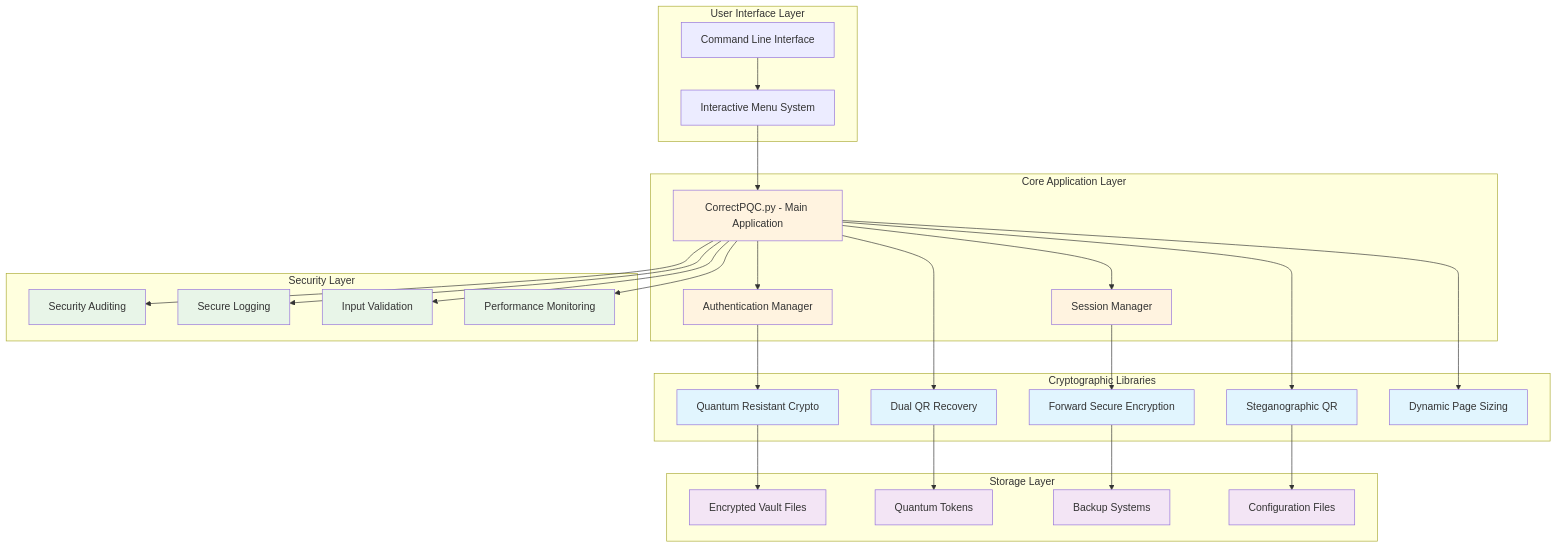
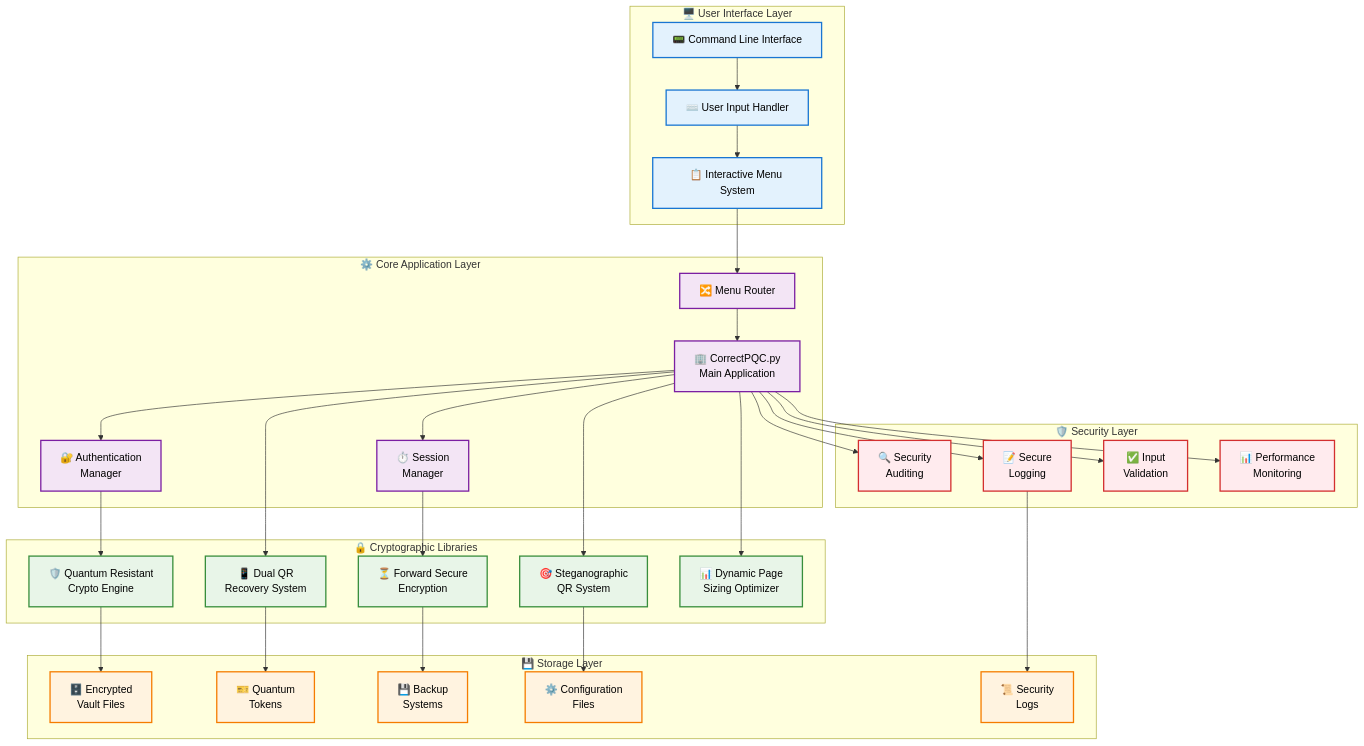
The first of 6 diagrams in README.md (Johnsonajibi/DeviceFingerprinting), drawn with Mermaid before and after one commit. The commit also changed other lines of this file, not shown here.

First line of the commit message:
docs: dramatically improved the architectural diagrams

````diff
--- a/README.md
+++ b/README.md
@@ -11,66 +11,79 @@
 ```mermaid
-graph TB
-    subgraph "User Interface Layer"
-        CLI[Command Line Interface]
-        Menu[Interactive Menu System]
+flowchart TD
+    subgraph UI ["🖥️ User Interface Layer"]
+        CLI[📟 Command Line Interface]
+        Menu[📋 Interactive Menu System]
+        Input[⌨️ User Input Handler]
     end
     
-    subgraph "Core Application Layer"
-        App[CorrectPQC.py - Main Application]
-        Auth[Authentication Manager]
-        Session[Session Manager]
+    subgraph Core ["⚙️ Core Application Layer"]
+        App[🏢 CorrectPQC.py<br/>Main Application]
+        Auth[🔐 Authentication<br/>Manager]
+        Session[⏱️ Session<br/>Manager]
+        Router[🔀 Menu Router]
     end
     
-    subgraph "Cryptographic Libraries"
-        QRC[Quantum Resistant Crypto]
-        DQR[Dual QR Recovery]
-        SQR[Steganographic QR]
-        FSE[Forward Secure Encryption]
-        DPS[Dynamic Page Sizing]
+    subgraph Crypto ["🔒 Cryptographic Libraries"]
+        QRC[🛡️ Quantum Resistant<br/>Crypto Engine]
+        DQR[📱 Dual QR<br/>Recovery System]
+        SQR[🎯 Steganographic<br/>QR System]
+        FSE[⏳ Forward Secure<br/>Encryption]
+        DPS[📊 Dynamic Page<br/>Sizing Optimizer]
     end
     
-    subgraph "Storage Layer"
-        Vault[Encrypted Vault Files]
-        Token[Quantum Tokens]
-        Backup[Backup Systems]
-        Config[Configuration Files]
+    subgraph Storage ["💾 Storage Layer"]
+        Vault[🗄️ Encrypted<br/>Vault Files]
+        Token[🎫 Quantum<br/>Tokens]
+        Backup[💾 Backup<br/>Systems]
+        Config[⚙️ Configuration<br/>Files]
+        Logs[📜 Security<br/>Logs]
     end
     
-    subgraph "Security Layer"
-        Audit[Security Auditing]
-        Logger[Secure Logging]
-        Validator[Input Validation]
-        Monitor[Performance Monitoring]
+    subgraph Security ["🛡️ Security Layer"]
+        Audit[🔍 Security<br/>Auditing]
+        Logger[📝 Secure<br/>Logging]
+        Validator[✅ Input<br/>Validation]
+        Monitor[📊 Performance<br/>Monitoring]
     end
     
-    CLI --> Menu
-    Menu --> App
+    %% User Interface Flow
+    CLI --> Input
+    Input --> Menu
+    Menu --> Router
+    Router --> App
+    
+    %% Core Application Flow
     App --> Auth
     App --> Session
-    
     Auth --> QRC
     Session --> FSE
+    
+    %% Cryptographic Integration
     App --> DQR
     App --> SQR
     App --> DPS
-    
     QRC --> Vault
     DQR --> Token
     FSE --> Backup
     SQR --> Config
     
+    %% Security Integration
     App --> Audit
     App --> Logger
     App --> Validator
     App --> Monitor
+    Logger --> Logs
     
-    classDef crypto fill:#e1f5fe
-    classDef storage fill:#f3e5f5
-    classDef security fill:#e8f5e8
-    classDef core fill:#fff3e0
+    %% Styling
+    classDef uiStyle fill:#e3f2fd,stroke:#1976d2,stroke-width:2px,color:#000
+    classDef coreStyle fill:#f3e5f5,stroke:#7b1fa2,stroke-width:2px,color:#000
+    classDef cryptoStyle fill:#e8f5e8,stroke:#388e3c,stroke-width:2px,color:#000
+    classDef storageStyle fill:#fff3e0,stroke:#f57c00,stroke-width:2px,color:#000
+    classDef securityStyle fill:#ffebee,stroke:#d32f2f,stroke-width:2px,color:#000
     
-    class QRC,DQR,SQR,FSE,DPS crypto
-    class Vault,Token,Backup,Config storage
-    class Audit,Logger,Validator,Monitor security
-    class App,Auth,Session core
+    class CLI,Menu,Input uiStyle
+    class App,Auth,Session,Router coreStyle
+    class QRC,DQR,SQR,FSE,DPS cryptoStyle
+    class Vault,Token,Backup,Config,Logs storageStyle
+    class Audit,Logger,Validator,Monitor securityStyle
 ```
````
